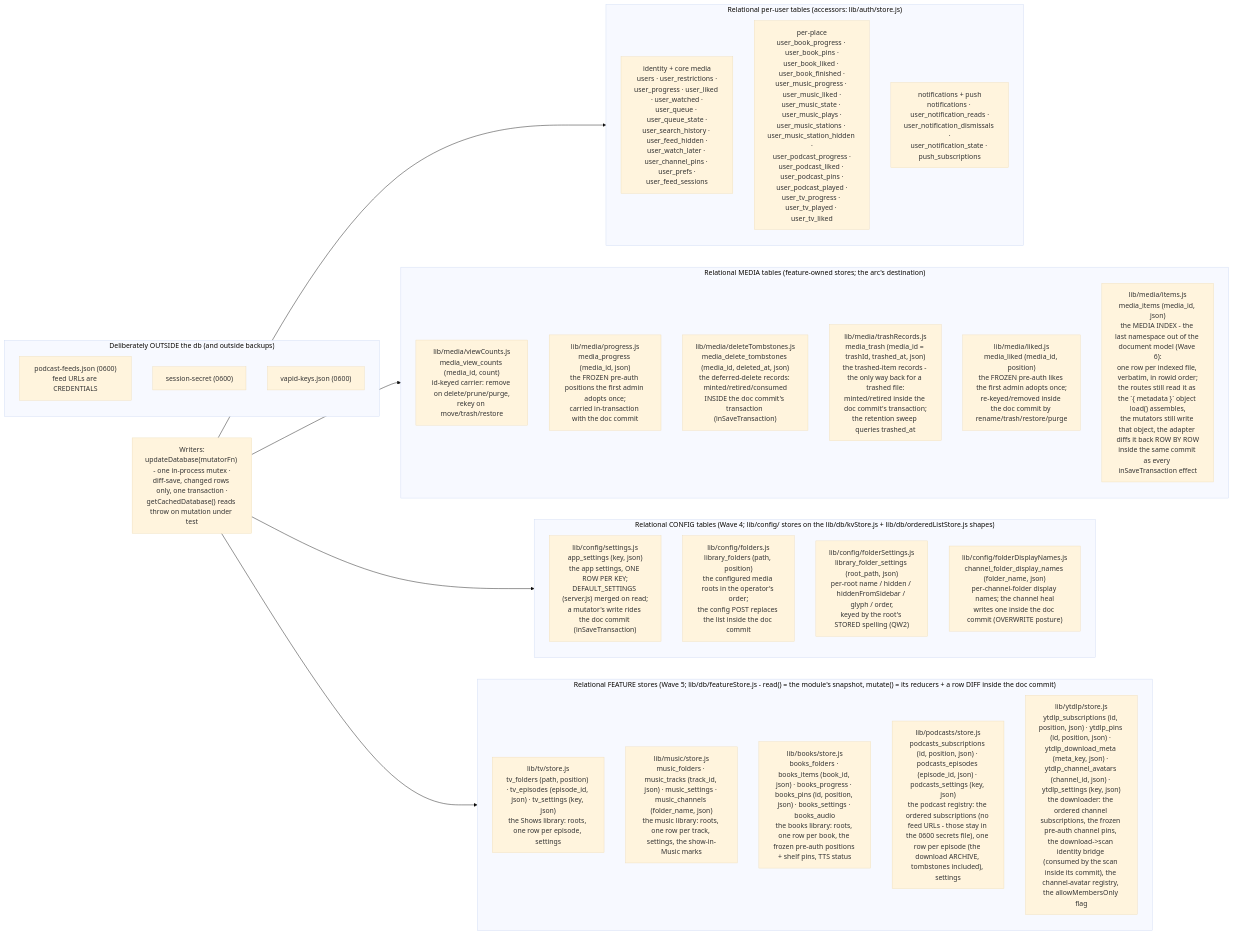
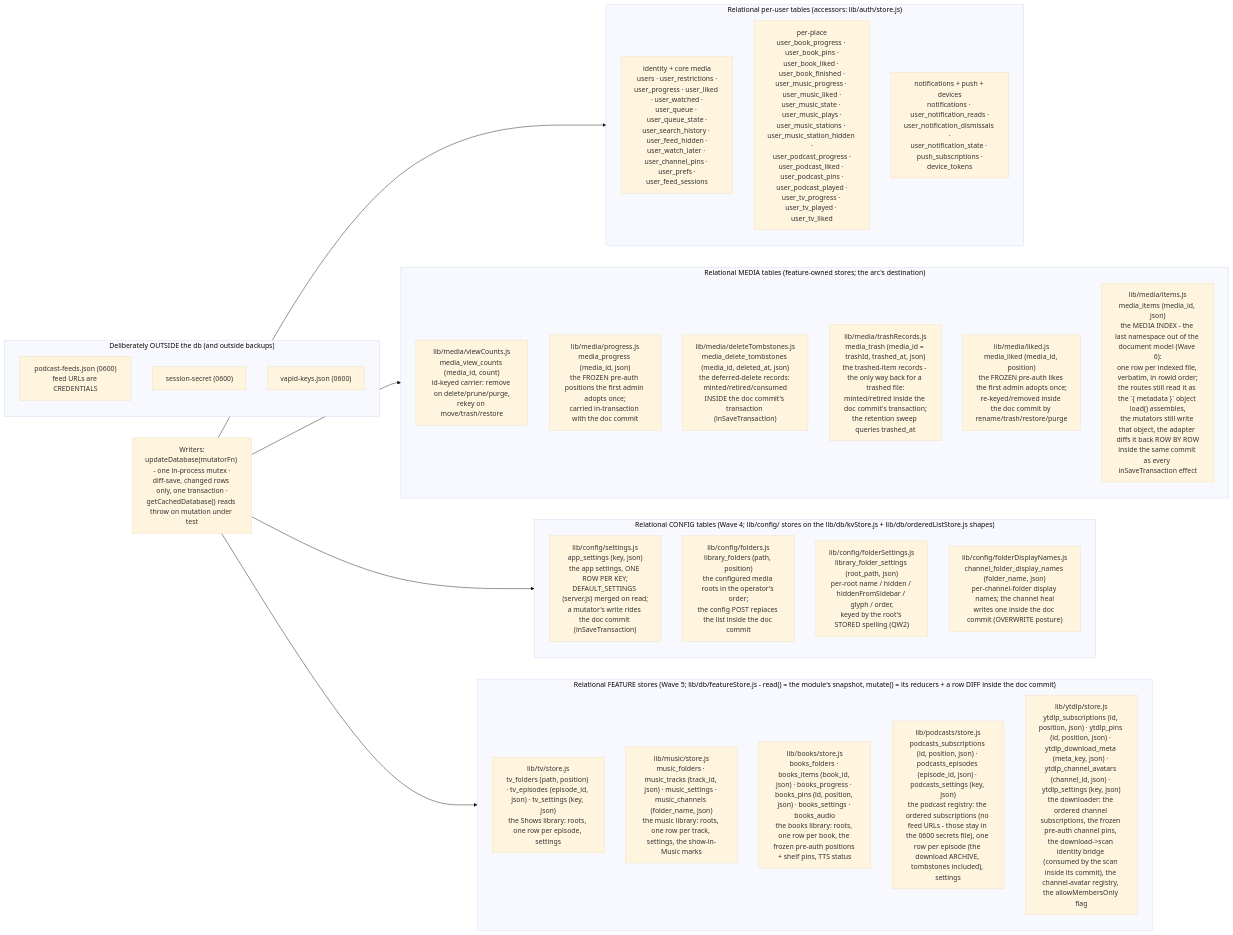
Before and after one commit to dtammam/filetube: the second of 6 diagrams in docs/DIAGRAMS.md, drawn with Mermaid (base theme). The commit also changed other lines of this file and 21 other files, not shown here.

First line of the commit message:
feat(auth): offline W1 - per-device tokens, the gate's Bearer branch, scope allowlist, Settings Devices

````diff
--- a/docs/DIAGRAMS.md
+++ b/docs/DIAGRAMS.md
@@ -106,45 +106,45 @@
 ```mermaid
 flowchart LR
     subgraph REL["Relational per-user tables (accessors: lib/auth/store.js)"]
         CORE["identity + core media<br/>users · user_restrictions ·<br/>user_progress · user_liked · user_watched ·<br/>user_queue · user_queue_state ·<br/>user_search_history · user_feed_hidden ·<br/>user_watch_later · user_channel_pins · user_prefs ·<br/>user_feed_sessions"]
         PLACEST["per-place<br/>user_book_progress · user_book_pins ·<br/>user_book_liked · user_book_finished ·<br/>user_music_progress · user_music_liked ·<br/>user_music_state · user_music_plays ·<br/>user_music_stations · user_music_station_hidden ·<br/>user_podcast_progress ·<br/>user_podcast_liked · user_podcast_pins ·<br/>user_podcast_played ·<br/>user_tv_progress · user_tv_played · user_tv_liked"]
-        NOTIF["notifications + push<br/>notifications · user_notification_reads ·<br/>user_notification_dismissals ·<br/>user_notification_state · push_subscriptions"]
+        NOTIF["notifications + push + devices<br/>notifications · user_notification_reads ·<br/>user_notification_dismissals ·<br/>user_notification_state · push_subscriptions ·<br/>device_tokens"]
     end
 
     subgraph MEDIA["Relational MEDIA tables (feature-owned stores; the arc's destination)"]
         VC["lib/media/viewCounts.js<br/>media_view_counts (media_id, count)<br/>id-keyed carrier: remove on delete/prune/purge,<br/>rekey on move/trash/restore"]
         PR["lib/media/progress.js<br/>media_progress (media_id, json)<br/>the FROZEN pre-auth positions the first admin adopts once;<br/>carried in-transaction with the doc commit"]
         DT["lib/media/deleteTombstones.js<br/>media_delete_tombstones (media_id, deleted_at, json)<br/>the deferred-delete records: minted/retired/consumed<br/>INSIDE the doc commit's transaction (inSaveTransaction)"]
         TR["lib/media/trashRecords.js<br/>media_trash (media_id = trashId, trashed_at, json)<br/>the trashed-item records - the only way back for a trashed file:<br/>minted/retired inside the doc commit's transaction;<br/>the retention sweep queries trashed_at"]
         LK["lib/media/liked.js<br/>media_liked (media_id, position)<br/>the FROZEN pre-auth likes the first admin adopts once;<br/>re-keyed/removed inside the doc commit by rename/trash/restore/purge"]
         MI["lib/media/items.js<br/>media_items (media_id, json)<br/>the MEDIA INDEX - the last namespace out of the document model (Wave 6):<br/>one row per indexed file, verbatim, in rowid order;<br/>the routes still read it as the `{ metadata }` object load() assembles,<br/>the mutators still write that object, the adapter diffs it back ROW BY ROW<br/>inside the same commit as every inSaveTransaction effect"]
     end
 
     subgraph CONFIG["Relational CONFIG tables (Wave 4; lib/config/ stores on the lib/db/kvStore.js + lib/db/orderedListStore.js shapes)"]
         ST["lib/config/settings.js<br/>app_settings (key, json)<br/>the app settings, ONE ROW PER KEY;<br/>DEFAULT_SETTINGS (server.js) merged on read;<br/>a mutator's write rides the doc commit (inSaveTransaction)"]
         FO["lib/config/folders.js<br/>library_folders (path, position)<br/>the configured media roots in the operator's order;<br/>the config POST replaces the list inside the doc commit"]
         FS["lib/config/folderSettings.js<br/>library_folder_settings (root_path, json)<br/>per-root name / hidden / hiddenFromSidebar / glyph / order,<br/>keyed by the root's STORED spelling (QW2)"]
         FD["lib/config/folderDisplayNames.js<br/>channel_folder_display_names (folder_name, json)<br/>per-channel-folder display names; the channel heal<br/>writes one inside the doc commit (OVERWRITE posture)"]
     end
 
     subgraph FEATURES["Relational FEATURE stores (Wave 5; lib/db/featureStore.js - read() = the module's snapshot, mutate() = its reducers + a row DIFF inside the doc commit)"]
         TV["lib/tv/store.js<br/>tv_folders (path, position) · tv_episodes (episode_id, json) · tv_settings (key, json)<br/>the Shows library: roots, one row per episode, settings"]
         MU["lib/music/store.js<br/>music_folders · music_tracks (track_id, json) · music_settings · music_channels (folder_name, json)<br/>the music library: roots, one row per track, settings, the show-in-Music marks"]
         BK["lib/books/store.js<br/>books_folders · books_items (book_id, json) · books_progress · books_pins (id, position, json) · books_settings · books_audio<br/>the books library: roots, one row per book, the frozen pre-auth positions + shelf pins, TTS status"]
         PC["lib/podcasts/store.js<br/>podcasts_subscriptions (id, position, json) · podcasts_episodes (episode_id, json) · podcasts_settings (key, json)<br/>the podcast registry: the ordered subscriptions (no feed URLs - those stay in the 0600 secrets file), one row per episode (the download ARCHIVE, tombstones included), settings"]
         YT["lib/ytdlp/store.js<br/>ytdlp_subscriptions (id, position, json) · ytdlp_pins (id, position, json) · ytdlp_download_meta (meta_key, json) · ytdlp_channel_avatars (channel_id, json) · ytdlp_settings (key, json)<br/>the downloader: the ordered channel subscriptions, the frozen pre-auth channel pins, the download->scan identity bridge (consumed by the scan inside its commit), the channel-avatar registry, the allowMembersOnly flag"]
     end
 
     subgraph OUT["Deliberately OUTSIDE the db (and outside backups)"]
         FEEDS["podcast-feeds.json (0600)<br/>feed URLs are CREDENTIALS"]
         SS["session-secret (0600)"]
         VAPID["vapid-keys.json (0600)"]
     end
 
     WRITERS["Writers:<br/>updateDatabase(mutatorFn) - one in-process mutex ·<br/>diff-save, changed rows only, one transaction ·<br/>getCachedDatabase() reads throw on mutation under test"]
 
     WRITERS --> REL
     WRITERS --> MEDIA
     WRITERS --> CONFIG
     WRITERS --> FEATURES
 ```
````
